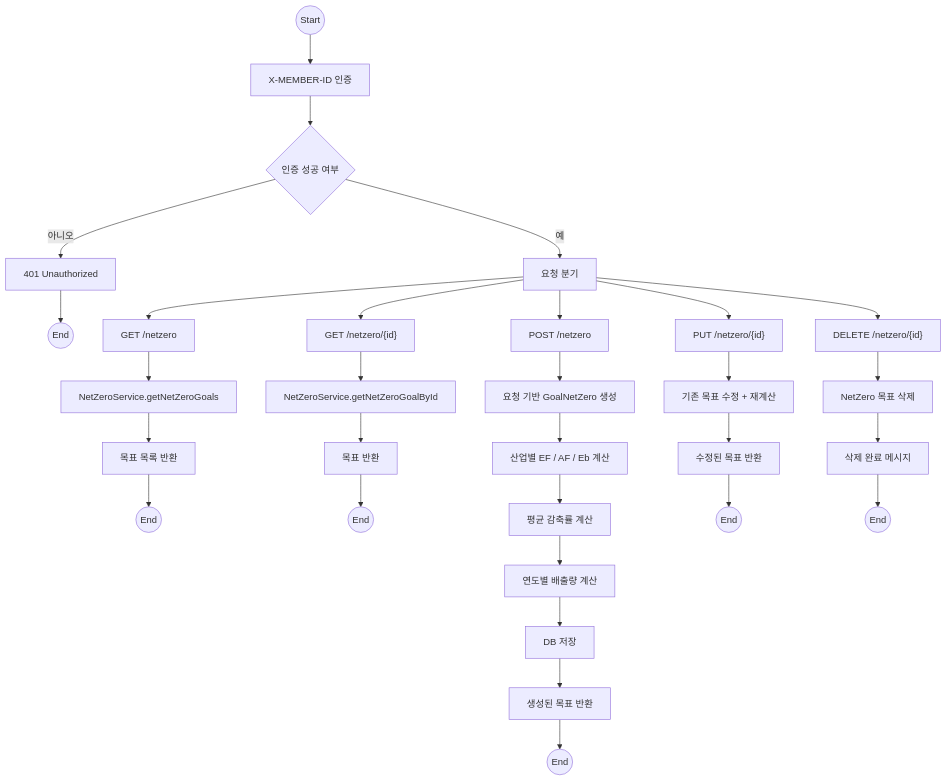
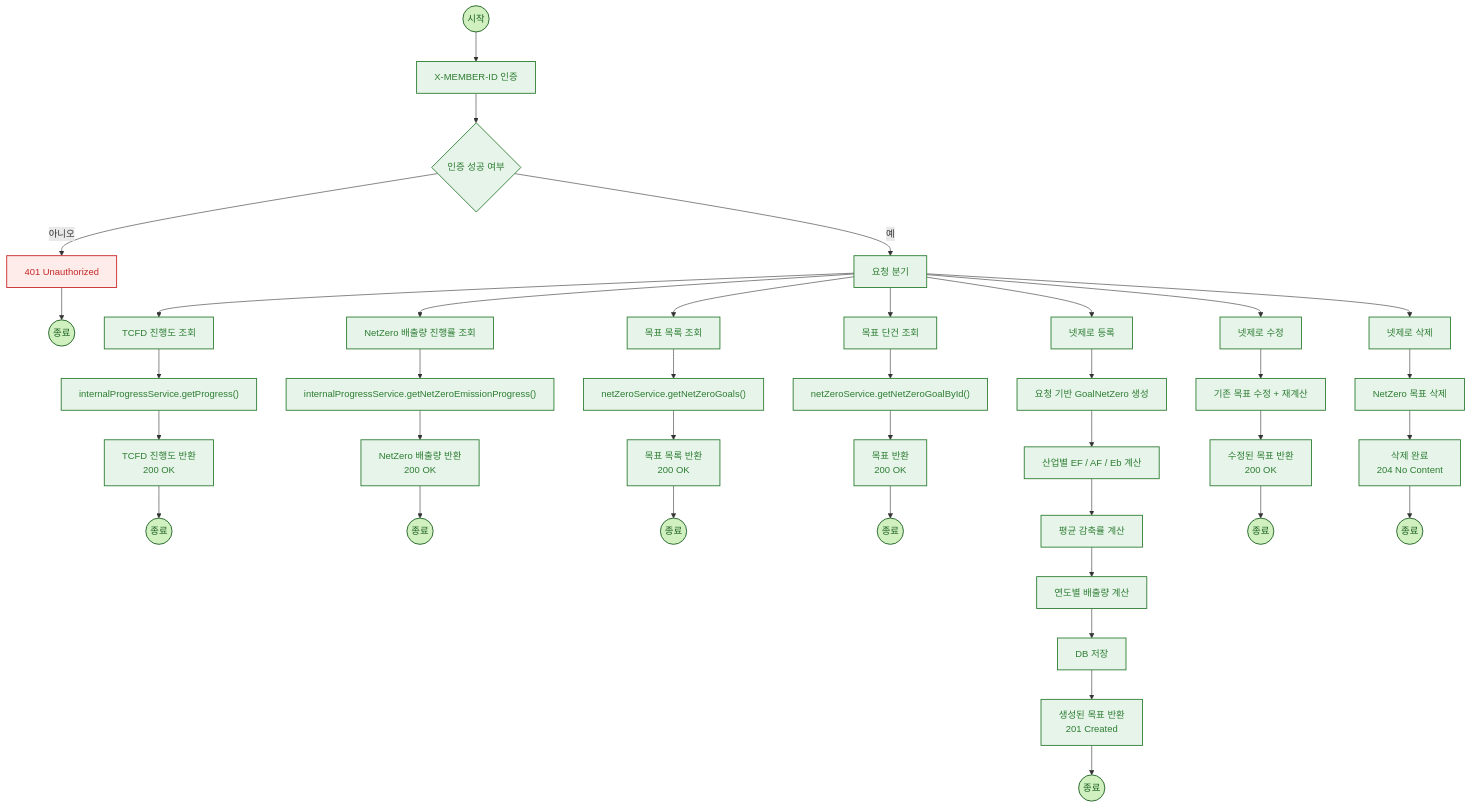
Before and after one commit to NextSpringMysqlMSA/tcfd-service: the fifth of 7 diagrams in README.md, drawn with Mermaid. The commit also changed other lines of this file, not shown here.

````diff
--- a/README.md
+++ b/README.md
@@ -158,44 +222,70 @@
 ```mermaid
 flowchart TD
+    %% 스타일 정의 
+    classDef process fill:#e6f4ea,stroke:#2e7d32,stroke-width:1.5px,color:#2e7d32
+    classDef decision fill:#e6f4ea,stroke:#2e7d32,stroke-width:1.5px,color:#2e7d32
+    classDef endpoint fill:#d0f0c0,stroke:#1b5e20,stroke-width:1.5px,color:#1b5e20
+    classDef service fill:#e6f4ea,stroke:#2e7d32,stroke-width:1.5px,color:#2e7d32
+    classDef response fill:#e6f4ea,stroke:#2e7d32,stroke-width:1.5px,color:#2e7d32
+    classDef error fill:#fdecea,stroke:#c62828,stroke-width:1.5px,color:#c62828
 
-%% 공통 시작 및 인증
-    Start((Start))
-    Start --> Auth["X-MEMBER-ID 인증"]
+    %% 공통 시작 및 인증
+    Start((시작)) --> Auth["X-MEMBER-ID 인증"]
     Auth --> AuthCheck{"인증 성공 여부"}
-    AuthCheck -- "아니오" --> Error401["401 Unauthorized"] --> EndError((End))
-    AuthCheck -- "예" --> Route["요청 분기"]
+    AuthCheck -- "아니오" --> Error401["401 Unauthorized"] --> EndErr((종료))
+    AuthCheck -- "예" --> Router["요청 분기"]
 
-%% 전체 조회
-    Route --> NetZeroGetAll["GET /netzero"]
-    NetZeroGetAll --> ServiceGetAll["NetZeroService.getNetZeroGoals"]
-    ServiceGetAll --> RespGetAll["목표 목록 반환"]
-    RespGetAll --> End1((End))
+    %% TCFD 진행도 조회
+    Router --> TCFDGet["TCFD 진행도 조회"]
+    TCFDGet --> SvcTCFD["internalProgressService.getProgress()"]
+    SvcTCFD --> RespTCFD["TCFD 진행도 반환\n200 OK"]
+    RespTCFD --> End1((종료))
 
-%% 단건 조회
-    Route --> NetZeroGetOne["GET /netzero/{id}"]
-    NetZeroGetOne --> ServiceGetOne["NetZeroService.getNetZeroGoalById"]
-    ServiceGetOne --> RespGetOne["목표 반환"]
-    RespGetOne --> End2((End))
+    %% NetZero 배출량 조회
+    Router --> NZGet["NetZero 배출량 진행률 조회"]
+    NZGet --> SvcNZ["internalProgressService.getNetZeroEmissionProgress()"]
+    SvcNZ --> RespNZ["NetZero 배출량 반환\n200 OK"]
+    RespNZ --> End2((종료))
 
-%% 생성 (계산 포함)
-    Route --> NetZeroCreate["POST /netzero"]
+    %% NetZero 목표 전체 조회
+    Router --> NetZeroGetAll["목표 목록 조회"]
+    NetZeroGetAll --> ServiceGetAll["netZeroService.getNetZeroGoals()"]
+    ServiceGetAll --> RespGetAll["목표 목록 반환\n200 OK"]
+    RespGetAll --> End3((종료))
+
+    %% NetZero 목표 단건 조회
+    Router --> NetZeroGetOne["목표 단건 조회"]
+    NetZeroGetOne --> ServiceGetOne["netZeroService.getNetZeroGoalById()"]
+    ServiceGetOne --> RespGetOne["목표 반환\n200 OK"]
+    RespGetOne --> End4((종료))
+
+    %% NetZero 목표 생성 (계산 포함)
+    Router --> NetZeroCreate["넷제로 등록"]
     NetZeroCreate --> BuildGoal["요청 기반 GoalNetZero 생성"]
     BuildGoal --> CalcEF["산업별 EF / AF / Eb 계산"]
     CalcEF --> CalcReduction["평균 감축률 계산"]
     CalcReduction --> YearlyEmission["연도별 배출량 계산"]
     YearlyEmission --> SaveGoal["DB 저장"]
-    SaveGoal --> RespPost["생성된 목표 반환"]
-    RespPost --> End3((End))
+    SaveGoal --> RespPost["생성된 목표 반환\n201 Created"]
+    RespPost --> End5((종료))
 
-%% 수정
-    Route --> NetZeroUpdate["PUT /netzero/{id}"]
+    %% NetZero 목표 수정
+    Router --> NetZeroUpdate["넷제로 수정"]
     NetZeroUpdate --> UpdateGoal["기존 목표 수정 + 재계산"]
-    UpdateGoal --> RespPut["수정된 목표 반환"]
-    RespPut --> End4((End))
+    UpdateGoal --> RespPut["수정된 목표 반환\n200 OK"]
+    RespPut --> End6((종료))
 
-%% 삭제
-    Route --> NetZeroDelete["DELETE /netzero/{id}"]
+    %% NetZero 목표 삭제
+    Router --> NetZeroDelete["넷제로 삭제"]
     NetZeroDelete --> DeleteGoal["NetZero 목표 삭제"]
-    DeleteGoal --> RespDelete["삭제 완료 메시지"]
-    RespDelete --> End5((End))
+    DeleteGoal --> RespDelete["삭제 완료\n204 No Content"]
+    RespDelete --> End7((종료))
+
+    %% 스타일 적용
+    class Start,End1,End2,End3,End4,End5,End6,End7,EndErr endpoint
+    class Auth,TCFDGet,NZGet,NetZeroGetAll,NetZeroGetOne,NetZeroCreate,NetZeroUpdate,NetZeroDelete,Router,BuildGoal,CalcEF,CalcReduction,YearlyEmission,SaveGoal,UpdateGoal,DeleteGoal process
+    class AuthCheck decision
+    class SvcTCFD,SvcNZ,ServiceGetAll,ServiceGetOne service
+    class RespTCFD,RespNZ,RespGetAll,RespGetOne,RespPost,RespPut,RespDelete response
+    class Error401 error
 ```
````
